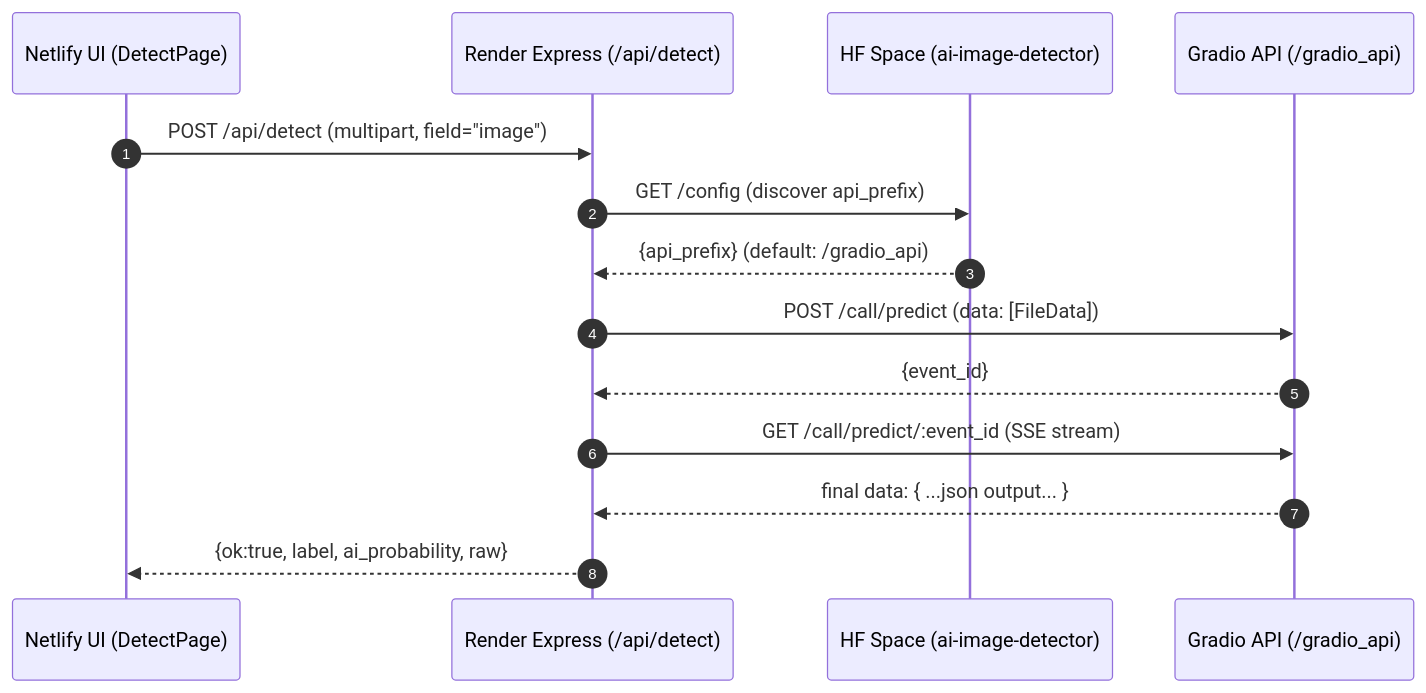
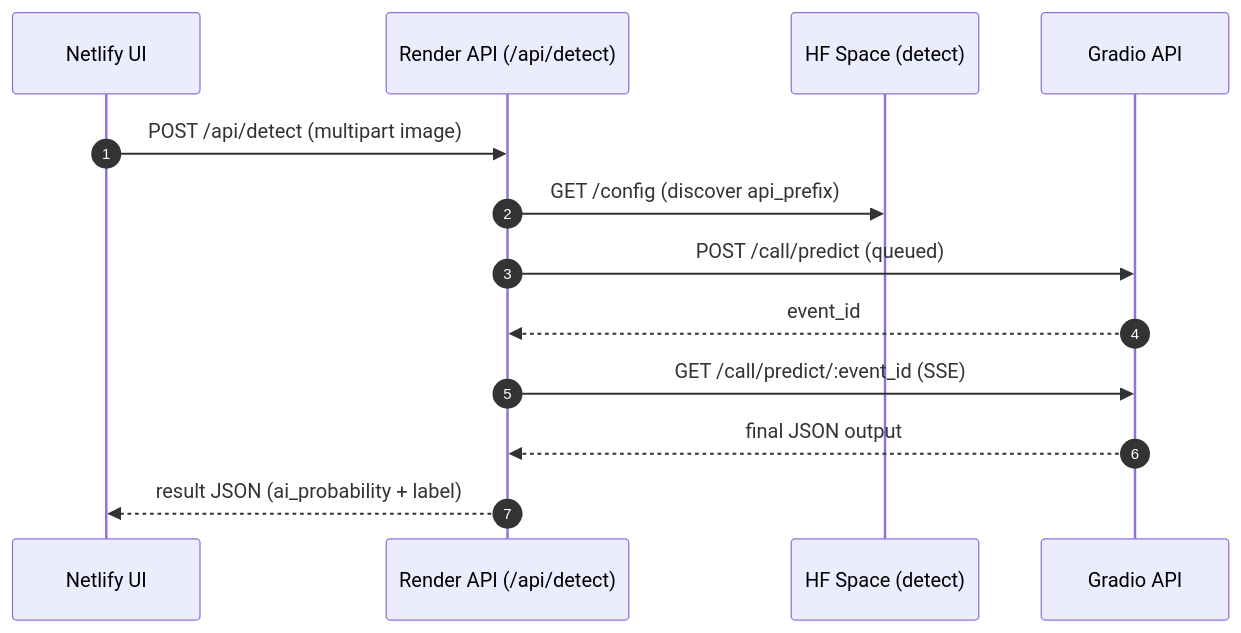
The second of 3 diagrams in README.md (sara-dubey/AI-Image-Detector), drawn with Mermaid before and after one commit. The commit also changed other lines of this file, not shown here.

Commit message:
Update README: add roadmap + architecture

````diff
--- a/README.md
+++ b/README.md
@@ -65,20 +54,16 @@
 ```mermaid
 sequenceDiagram
   autonumber
-  participant UI as Netlify UI (DetectPage)
-  participant API as Render Express (/api/detect)
-  participant HF as HF Space (ai-image-detector)
-  participant G as Gradio API (/gradio_api)
+  participant UI as Netlify UI
+  participant API as Render API (/api/detect)
+  participant HF as HF Space (detect)
+  participant G as Gradio API
 
-  UI->>API: POST /api/detect (multipart, field="image")
+  UI->>API: POST /api/detect (multipart image)
   API->>HF: GET /config (discover api_prefix)
-  HF-->>API: {api_prefix} (default: /gradio_api)
-
-  API->>G: POST /call/predict (data: [FileData])
-  G-->>API: {event_id}
-
-  API->>G: GET /call/predict/:event_id (SSE stream)
-  G-->>API: final data: { ...json output... }
-
-  API-->>UI: {ok:true, label, ai_probability, raw}
+  API->>G: POST /call/predict (queued)
+  G-->>API: event_id
+  API->>G: GET /call/predict/:event_id (SSE)
+  G-->>API: final JSON output
+  API-->>UI: result JSON (ai_probability + label)
 ```
````
